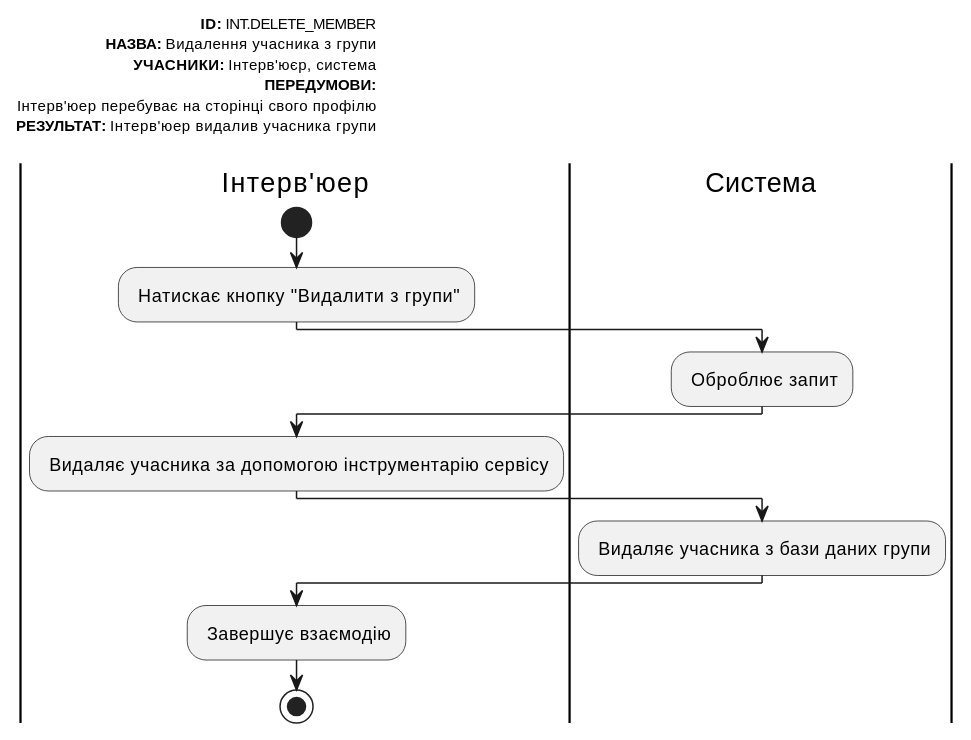
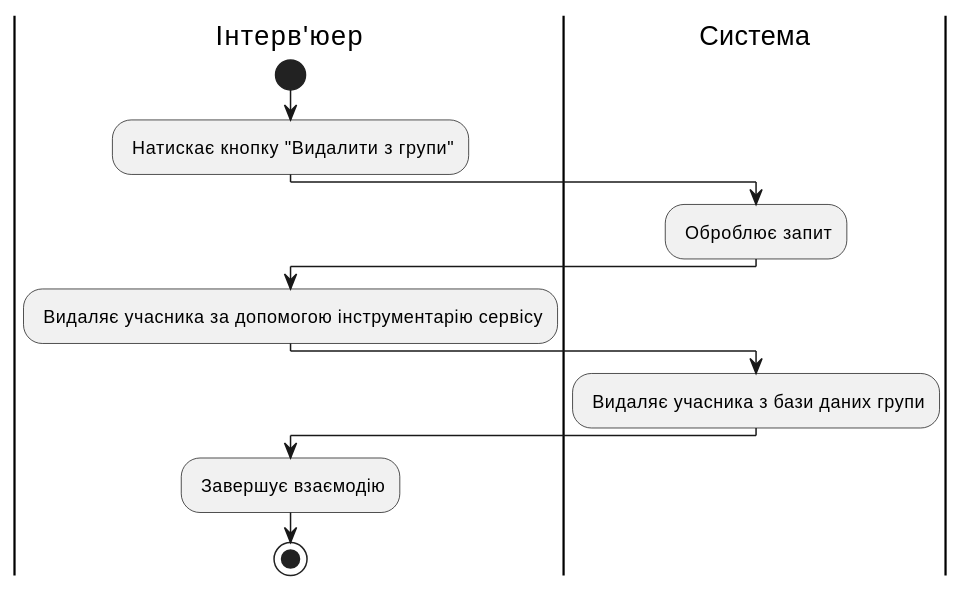
Before and after one commit to michigang1/ImForms: diagram 17 of 22 in docs/use cases/README.md, drawn with PlantUML. The commit also changed other lines of this file, not shown here.

```diff
--- a/docs/use cases/README.md
+++ b/docs/use cases/README.md
@@ -556,28 +582,19 @@
 @startuml
-left header
-<font color=000 size=10><b>ID:</b> INT.DELETE_MEMBER
-<font color=000 size=10><b>НАЗВА:</b> Видалення учасника з групи
-<font color=000 size=10><b>УЧАСНИКИ:</b> Інтерв'юєр, система  
-<font color=000 size=10><b>ПЕРЕДУМОВИ:</b>
-<font color=000 size=10> Інтерв'юер перебуває на сторінці свого профілю
-<font color=000 size=10><b>РЕЗУЛЬТАТ:</b> Інтерв'юер видалив учасника групи
-
-end header
 
 |Інтерв'юер|
 start
 : Натискає кнопку "Видалити з групи";
 
 |Система|
 : Оброблює запит;
 
 |Інтерв'юер|
 : Видаляє учасника за допомогою інструментарію сервісу;
 
 |Система|
 : Видаляє учасника з бази даних групи;
 
 |Інтерв'юер|
 : Завершує взаємодію;
 stop;
 @enduml
```
